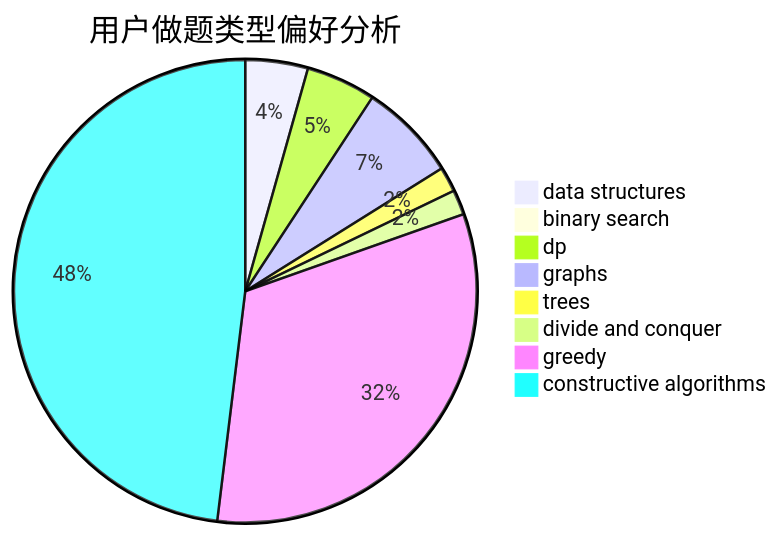
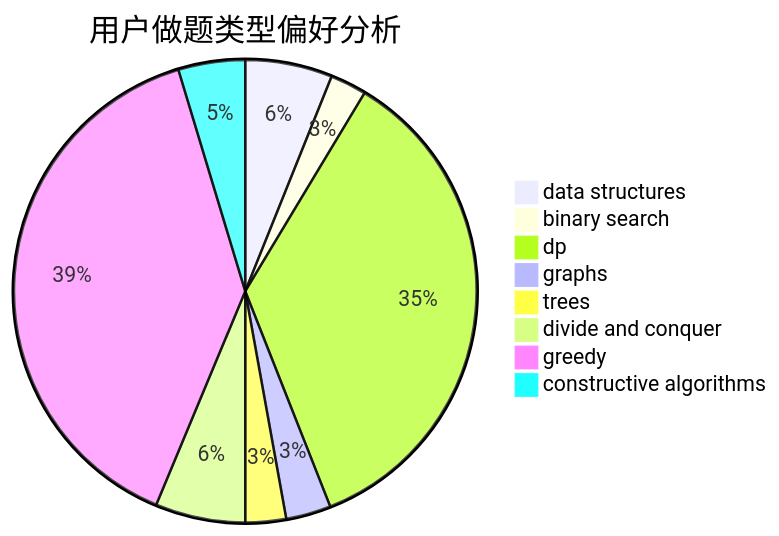
Before and after one commit to sherpahu/cfrs.github.io: the second of 3 diagrams in docs/user/u1235.md, drawn with Mermaid. The commit also changed other lines of this file and 2770 other files, not shown here.

````diff
--- a/docs/user/u1235.md
+++ b/docs/user/u1235.md
@@ -23,11 +23,11 @@
 ```mermaid
 pie title 用户做题类型偏好分析
-    "data structures" :  35
-    "binary search" :  8
-    "dp" :  39
-    "graphs" :  55
-    "trees" :  14
-    "divide and conquer" :  14
-    "greedy" :  259
-    "constructive algorithms" :  385
+    "data structures" :  60
+    "binary search" :  25
+    "dp" :  349
+    "graphs" :  31
+    "trees" :  28
+    "divide and conquer" :  62
+    "greedy" :  385
+    "constructive algorithms" :  46
 ```
````
